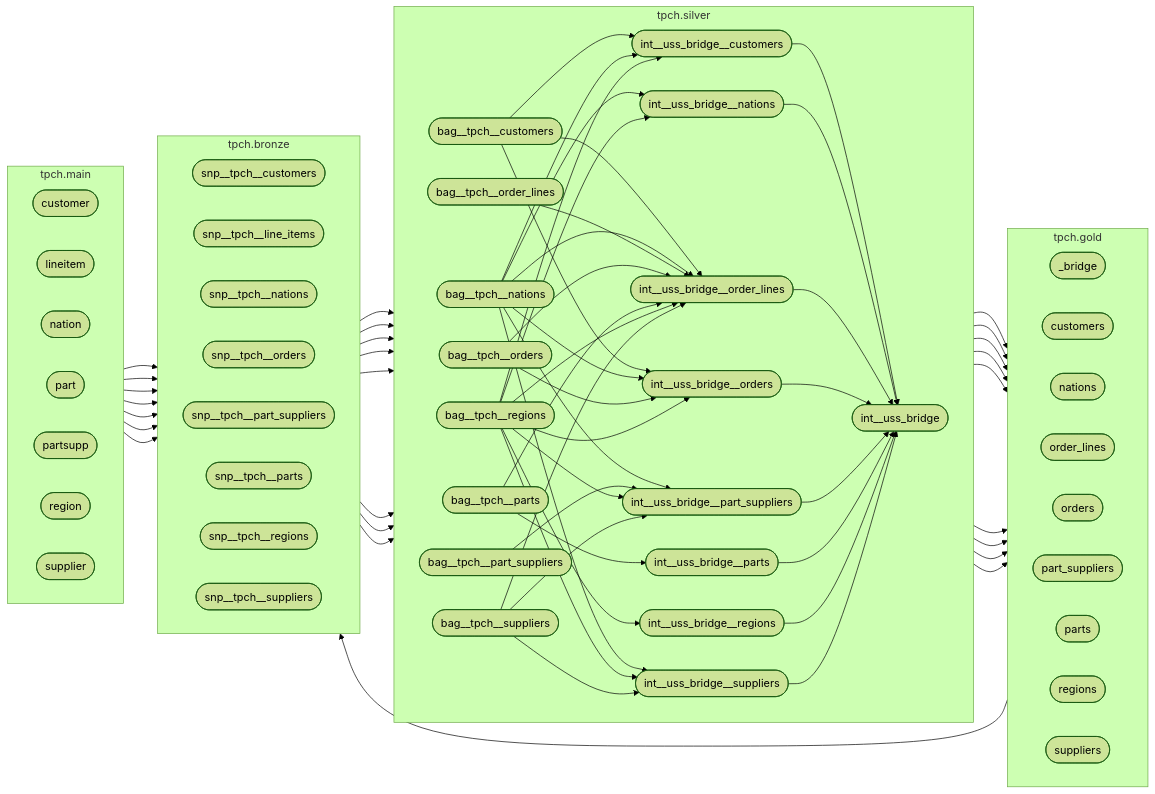
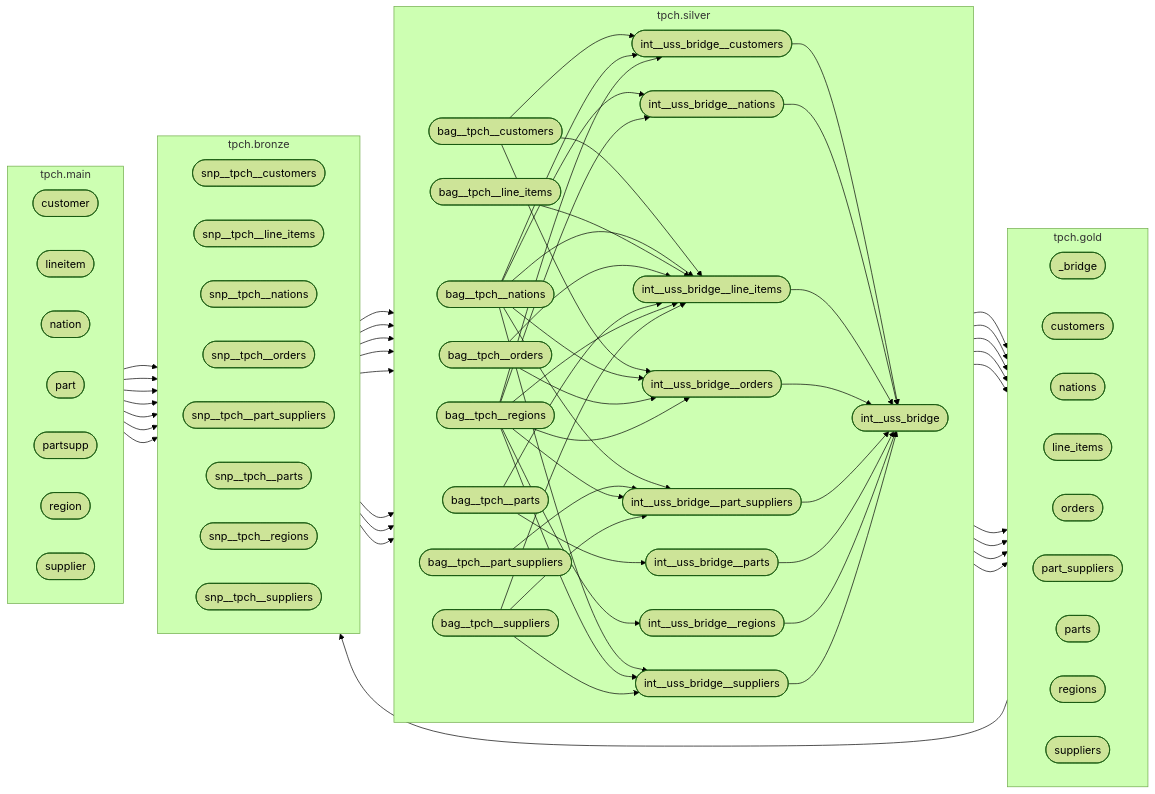
One commit to mattiasthalen/tpch changed the diagram in dag.mmd. Above: the diagram before and after it, drawn with Mermaid (forest theme). The commit also changed 25 other files, not shown here.

```diff
--- a/dag.mmd
+++ b/dag.mmd
@@ -1,124 +1,124 @@
 flowchart LR
     subgraph tpch.bronze["tpch.bronze"]
         direction LR
         snp__tpch__customers(["snp__tpch__customers"])
         snp__tpch__line_items(["snp__tpch__line_items"])
         snp__tpch__nations(["snp__tpch__nations"])
         snp__tpch__orders(["snp__tpch__orders"])
         snp__tpch__part_suppliers(["snp__tpch__part_suppliers"])
         snp__tpch__parts(["snp__tpch__parts"])
         snp__tpch__regions(["snp__tpch__regions"])
         snp__tpch__suppliers(["snp__tpch__suppliers"])
     end
 
     subgraph tpch.silver["tpch.silver"]
         direction LR
         bag__tpch__customers(["bag__tpch__customers"])
         bag__tpch__nations(["bag__tpch__nations"])
-        bag__tpch__order_lines(["bag__tpch__order_lines"])
+        bag__tpch__line_items(["bag__tpch__line_items"])
         bag__tpch__orders(["bag__tpch__orders"])
         bag__tpch__part_suppliers(["bag__tpch__part_suppliers"])
         bag__tpch__parts(["bag__tpch__parts"])
         bag__tpch__regions(["bag__tpch__regions"])
         bag__tpch__suppliers(["bag__tpch__suppliers"])
         int__uss_bridge(["int__uss_bridge"])
         int__uss_bridge__customers(["int__uss_bridge__customers"])
         int__uss_bridge__nations(["int__uss_bridge__nations"])
-        int__uss_bridge__order_lines(["int__uss_bridge__order_lines"])
+        int__uss_bridge__line_items(["int__uss_bridge__line_items"])
         int__uss_bridge__orders(["int__uss_bridge__orders"])
         int__uss_bridge__part_suppliers(["int__uss_bridge__part_suppliers"])
         int__uss_bridge__parts(["int__uss_bridge__parts"])
         int__uss_bridge__regions(["int__uss_bridge__regions"])
         int__uss_bridge__suppliers(["int__uss_bridge__suppliers"])
     end
 
     subgraph tpch.gold["tpch.gold"]
         direction LR
         _bridge(["_bridge"])
         customers(["customers"])
         nations(["nations"])
-        order_lines(["order_lines"])
+        line_items(["line_items"])
         orders(["orders"])
         part_suppliers(["part_suppliers"])
         parts(["parts"])
         regions(["regions"])
         suppliers(["suppliers"])
     end
 
     subgraph tpch.main["tpch.main"]
         direction LR
         customer(["customer"])
         lineitem(["lineitem"])
         nation(["nation"])
         orders(["orders"])
         part(["part"])
         partsupp(["partsupp"])
         region(["region"])
         supplier(["supplier"])
     end
 
     %% tpch.bronze -> tpch.silver
     snp__tpch__customers --> bag__tpch__customers
-    snp__tpch__line_items --> bag__tpch__order_lines
+    snp__tpch__line_items --> bag__tpch__line_items
     snp__tpch__nations --> bag__tpch__nations
     snp__tpch__orders --> bag__tpch__orders
     snp__tpch__part_suppliers --> bag__tpch__part_suppliers
     snp__tpch__parts --> bag__tpch__parts
     snp__tpch__regions --> bag__tpch__regions
     snp__tpch__suppliers --> bag__tpch__suppliers
 
     %% tpch.silver -> tpch.silver
     bag__tpch__customers --> int__uss_bridge__customers
-    bag__tpch__customers --> int__uss_bridge__order_lines
+    bag__tpch__customers --> int__uss_bridge__line_items
     bag__tpch__customers --> int__uss_bridge__orders
     bag__tpch__nations --> int__uss_bridge__customers
     bag__tpch__nations --> int__uss_bridge__nations
-    bag__tpch__nations --> int__uss_bridge__order_lines
+    bag__tpch__nations --> int__uss_bridge__line_items
     bag__tpch__nations --> int__uss_bridge__orders
     bag__tpch__nations --> int__uss_bridge__part_suppliers
     bag__tpch__nations --> int__uss_bridge__suppliers
-    bag__tpch__order_lines --> int__uss_bridge__order_lines
-    bag__tpch__orders --> int__uss_bridge__order_lines
+    bag__tpch__line_items --> int__uss_bridge__line_items
+    bag__tpch__orders --> int__uss_bridge__line_items
     bag__tpch__orders --> int__uss_bridge__orders
     bag__tpch__part_suppliers --> int__uss_bridge__part_suppliers
-    bag__tpch__parts --> int__uss_bridge__order_lines
+    bag__tpch__parts --> int__uss_bridge__line_items
     bag__tpch__parts --> int__uss_bridge__parts
     bag__tpch__regions --> int__uss_bridge__customers
     bag__tpch__regions --> int__uss_bridge__nations
-    bag__tpch__regions --> int__uss_bridge__order_lines
+    bag__tpch__regions --> int__uss_bridge__line_items
     bag__tpch__regions --> int__uss_bridge__orders
     bag__tpch__regions --> int__uss_bridge__part_suppliers
     bag__tpch__regions --> int__uss_bridge__regions
     bag__tpch__regions --> int__uss_bridge__suppliers
-    bag__tpch__suppliers --> int__uss_bridge__order_lines
+    bag__tpch__suppliers --> int__uss_bridge__line_items
     bag__tpch__suppliers --> int__uss_bridge__part_suppliers
     bag__tpch__suppliers --> int__uss_bridge__suppliers
     int__uss_bridge__customers --> int__uss_bridge
     int__uss_bridge__nations --> int__uss_bridge
-    int__uss_bridge__order_lines --> int__uss_bridge
+    int__uss_bridge__line_items --> int__uss_bridge
     int__uss_bridge__orders --> int__uss_bridge
     int__uss_bridge__part_suppliers --> int__uss_bridge
     int__uss_bridge__parts --> int__uss_bridge
     int__uss_bridge__regions --> int__uss_bridge
     int__uss_bridge__suppliers --> int__uss_bridge
 
     %% tpch.silver -> tpch.gold
     bag__tpch__customers --> customers
     bag__tpch__nations --> nations
-    bag__tpch__order_lines --> order_lines
+    bag__tpch__line_items --> line_items
     bag__tpch__orders --> orders
     bag__tpch__part_suppliers --> part_suppliers
     bag__tpch__parts --> parts
     bag__tpch__regions --> regions
     bag__tpch__suppliers --> suppliers
     int__uss_bridge --> _bridge
 
     %% tpch.main -> tpch.bronze
     customer --> snp__tpch__customers
     lineitem --> snp__tpch__line_items
     nation --> snp__tpch__nations
     orders --> snp__tpch__orders
     part --> snp__tpch__parts
     partsupp --> snp__tpch__part_suppliers
     region --> snp__tpch__regions
     supplier --> snp__tpch__suppliers
```
